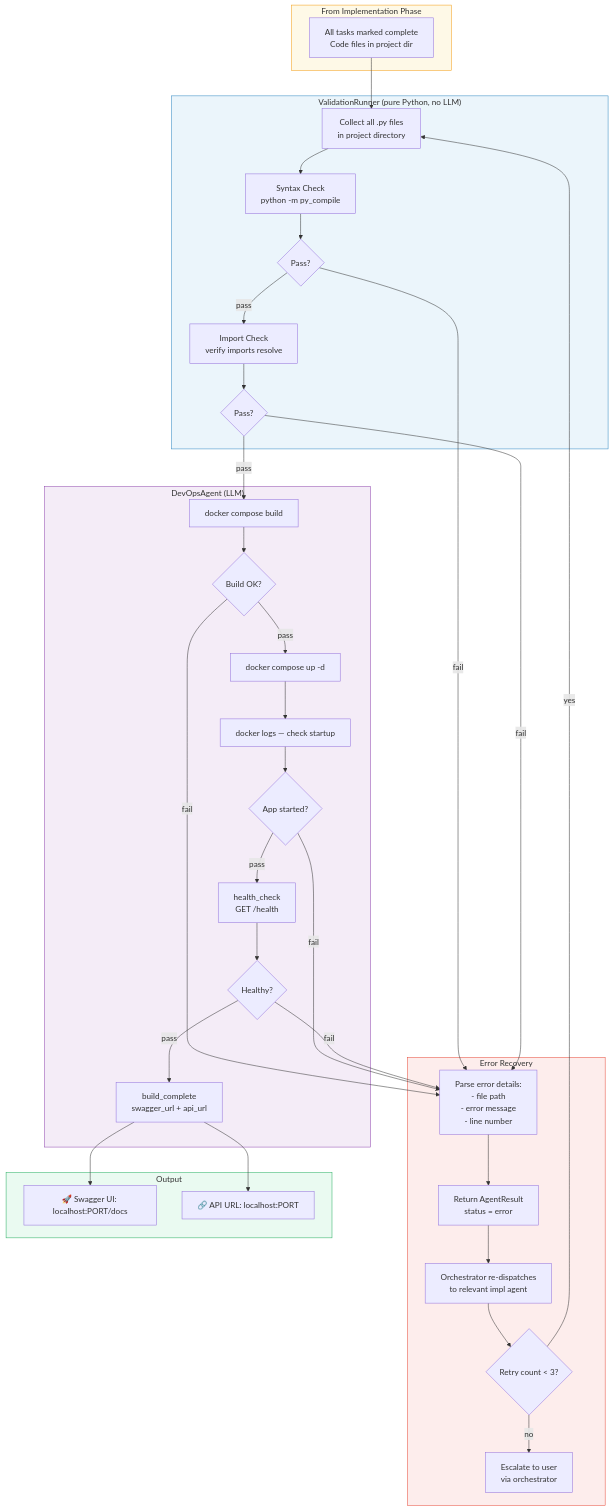
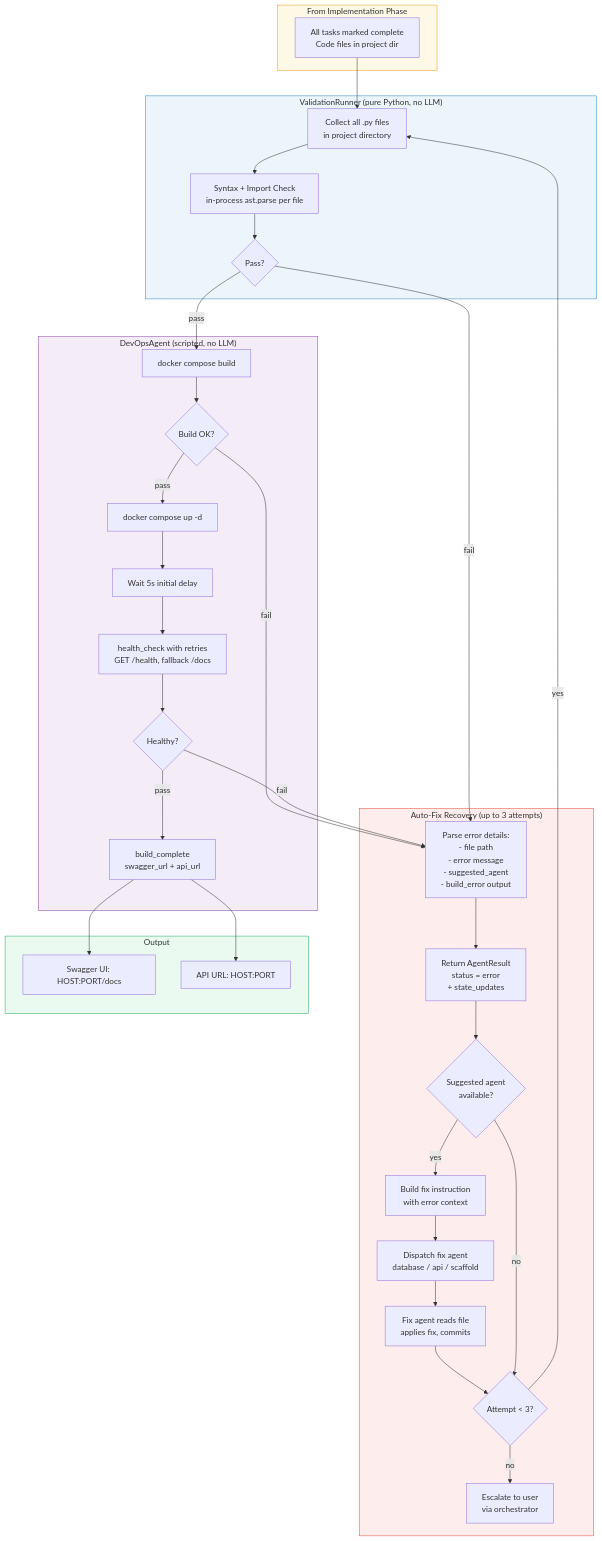
One commit to NLP-titan/Prosit-2 changed the ninth of 13 diagrams in docs/architecture.md. Above: the diagram before and after it, drawn with Mermaid. The commit also changed other lines of this file and 2 other files, not shown here.

Commit message:
updated architecture

````diff
--- a/docs/architecture.md
+++ b/docs/architecture.md
@@ -485,60 +504,58 @@
 ```mermaid
 flowchart TD
     subgraph INPUT["From Implementation Phase"]
         I1[All tasks marked complete<br>Code files in project dir]
     end
 
     subgraph VALIDATION["ValidationRunner (pure Python, no LLM)"]
         V1[Collect all .py files<br>in project directory]
-        V2[Syntax Check<br>python -m py_compile]
+        V2[Syntax + Import Check<br>in-process ast.parse per file]
         V3{Pass?}
-        V4[Import Check<br>verify imports resolve]
-        V5{Pass?}
     end
 
-    subgraph DEVOPS["DevOpsAgent (LLM)"]
+    subgraph DEVOPS["DevOpsAgent (scripted, no LLM)"]
         D1[docker compose build]
         D2{Build OK?}
         D3[docker compose up -d]
-        D4[docker logs — check startup]
-        D5{App started?}
-        D6[health_check<br>GET /health]
+        D4[Wait 5s initial delay]
+        D5[health_check with retries<br>GET /health, fallback /docs]
         D7{Healthy?}
         D8[build_complete<br>swagger_url + api_url]
     end
 
-    subgraph ERROR_LOOP["Error Recovery"]
-        E1[Parse error details:<br>- file path<br>- error message<br>- line number]
-        E2[Return AgentResult<br>status = error]
-        E3[Orchestrator re-dispatches<br>to relevant impl agent]
-        E4{Retry count < 3?}
-        E5[Escalate to user<br>via orchestrator]
+    subgraph ERROR_LOOP["Auto-Fix Recovery (up to 3 attempts)"]
+        E1[Parse error details:<br>- file path<br>- error message<br>- suggested_agent<br>- build_error output]
+        E2[Return AgentResult<br>status = error<br>+ state_updates]
+        E3{Suggested agent<br>available?}
+        E4[Build fix instruction<br>with error context]
+        E5[Dispatch fix agent<br>database / api / scaffold]
+        E6[Fix agent reads file<br>applies fix, commits]
+        E7{Attempt < 3?}
+        E8[Escalate to user<br>via orchestrator]
     end
 
     subgraph SUCCESS["Output"]
-        S1["🚀 Swagger UI: localhost:PORT/docs"]
-        S2["🔗 API URL: localhost:PORT"]
+        S1["Swagger UI: HOST:PORT/docs"]
+        S2["API URL: HOST:PORT"]
     end
 
     I1 --> V1 --> V2 --> V3
     V3 -->|fail| E1
-    V3 -->|pass| V4 --> V5
-    V5 -->|fail| E1
-    V5 -->|pass| D1 --> D2
+    V3 -->|pass| D1 --> D2
     D2 -->|fail| E1
-    D2 -->|pass| D3 --> D4 --> D5
-    D5 -->|fail| E1
-    D5 -->|pass| D6 --> D7
+    D2 -->|pass| D3 --> D4 --> D5 --> D7
     D7 -->|fail| E1
     D7 -->|pass| D8 --> S1 & S2
 
-    E1 --> E2 --> E3 --> E4
-    E4 -->|yes| V1
-    E4 -->|no| E5
+    E1 --> E2 --> E3
+    E3 -->|yes| E4 --> E5 --> E6 --> E7
+    E3 -->|no| E7
+    E7 -->|yes| V1
+    E7 -->|no| E8
 
     style INPUT fill:#FEF9E7,stroke:#F39C12
     style VALIDATION fill:#EBF5FB,stroke:#2E86C1
     style DEVOPS fill:#F4ECF7,stroke:#8E44AD
     style ERROR_LOOP fill:#FDEDEC,stroke:#E74C3C
     style SUCCESS fill:#EAFAF1,stroke:#27AE60
 ```
````
